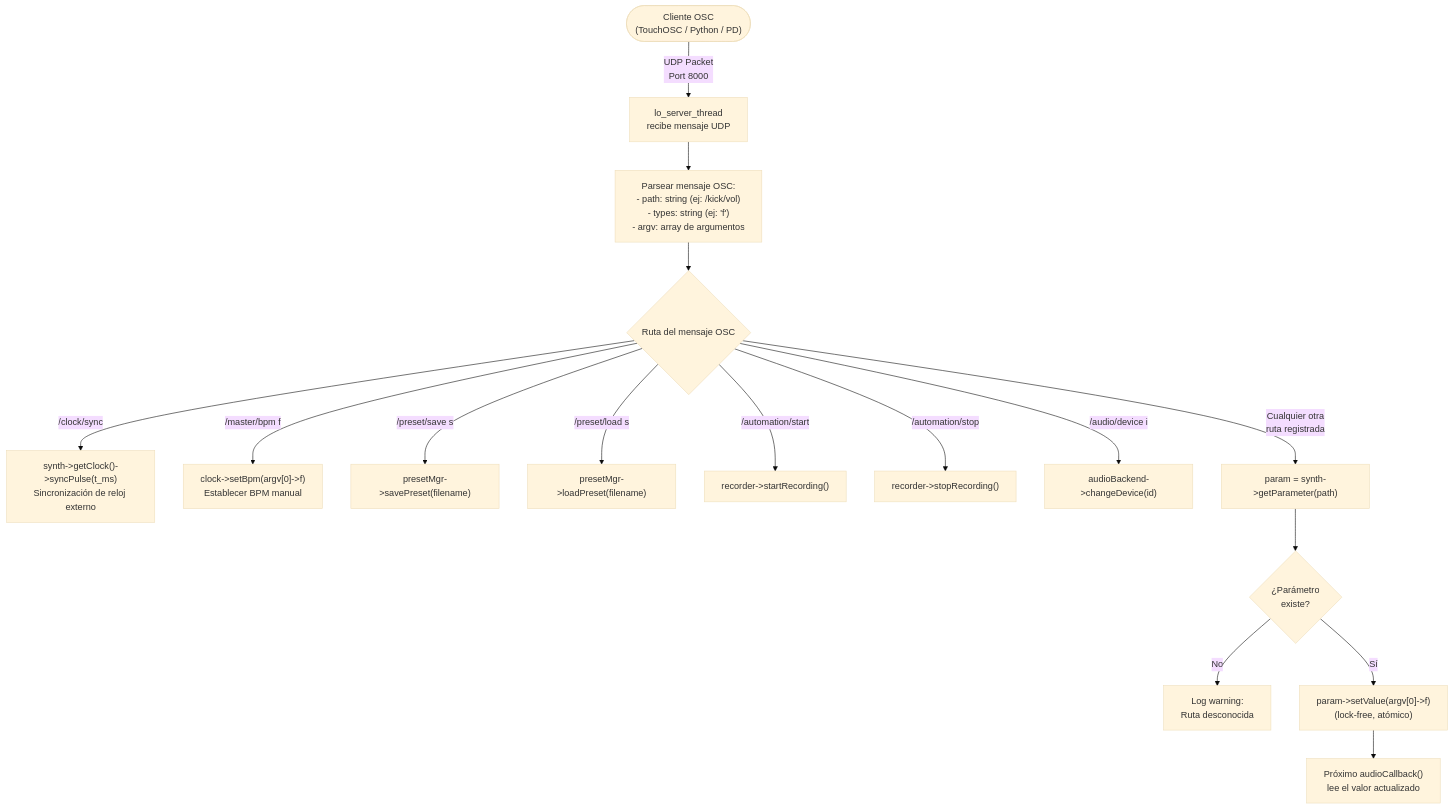
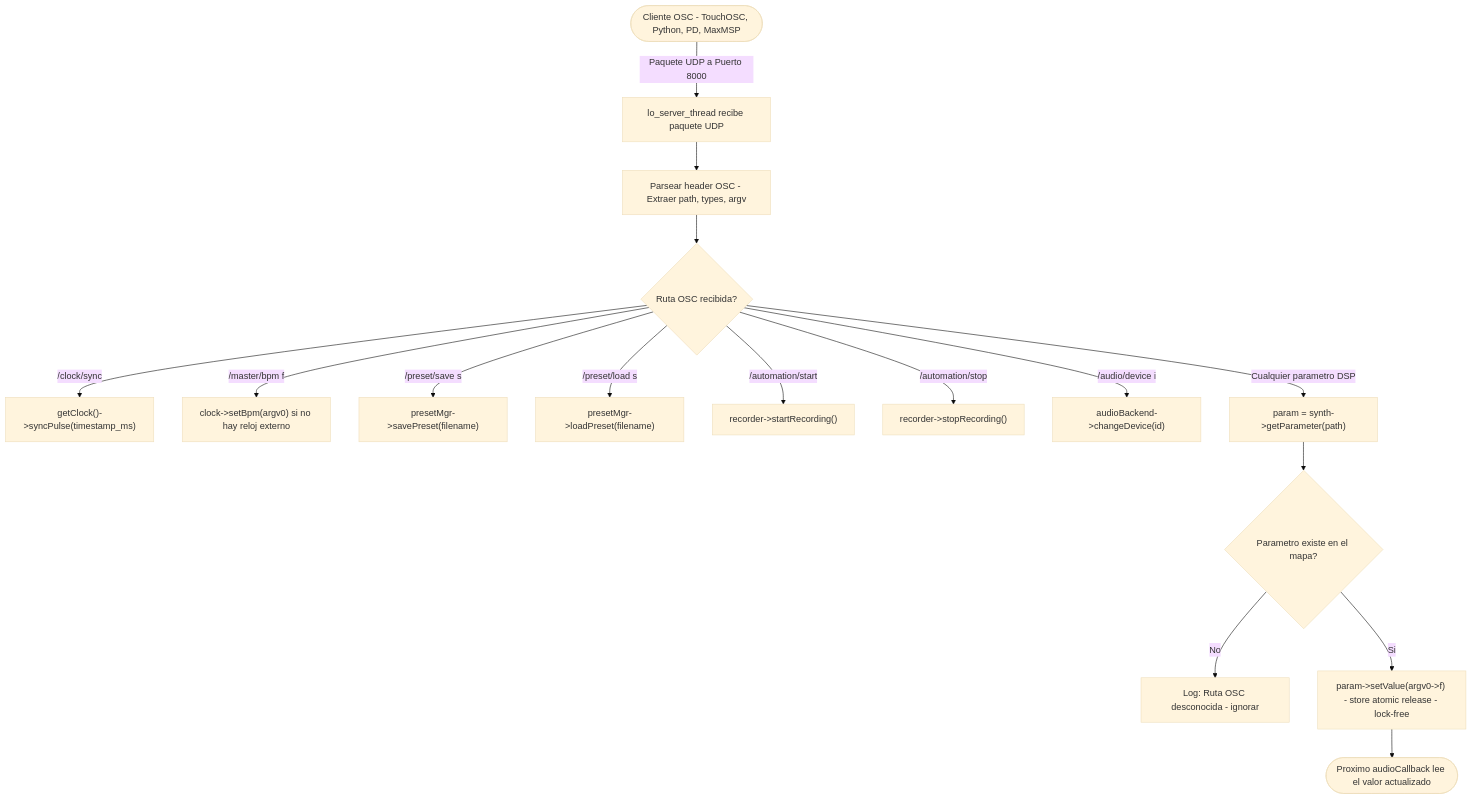
Before and after one commit to Zann181/sintetizador: the sixth of 12 diagrams in README.md, drawn with Mermaid (base theme). The commit also changed other lines of this file, not shown here.

````diff
--- a/README.md
+++ b/README.md
@@ -460,25 +780,25 @@
 ```mermaid
 flowchart TD
-    CLIENT(["Cliente OSC\n(TouchOSC / Python / PD)"]) -->|"UDP Packet\nPort 8000"| RECV
+    CLIENT_OSC(["Cliente OSC - TouchOSC, Python, PD, MaxMSP"])
+    CLIENT_OSC -->|"Paquete UDP a Puerto 8000"| RECV_UDP
 
-    RECV["lo_server_thread\nrecibe mensaje UDP"] --> PARSE
+    RECV_UDP["lo_server_thread recibe paquete UDP"]
+    RECV_UDP --> PARSE_OSC["Parsear header OSC - Extraer path, types, argv"]
+    PARSE_OSC --> ROUTE{"Ruta OSC recibida?"}
 
-    PARSE["Parsear mensaje OSC:\n- path: string (ej: /kick/vol)\n- types: string (ej: 'f')\n- argv: array de argumentos"] --> ROUTE
+    ROUTE -->|"/clock/sync"| HANDLE_CLOCK["getClock()->syncPulse(timestamp_ms)"]
+    ROUTE -->|"/master/bpm f"| HANDLE_BPM["clock->setBpm(argv0) si no hay reloj externo"]
+    ROUTE -->|"/preset/save s"| HANDLE_SAVE["presetMgr->savePreset(filename)"]
+    ROUTE -->|"/preset/load s"| HANDLE_LOAD["presetMgr->loadPreset(filename)"]
+    ROUTE -->|"/automation/start"| HANDLE_AUTO_S["recorder->startRecording()"]
+    ROUTE -->|"/automation/stop"| HANDLE_AUTO_E["recorder->stopRecording()"]
+    ROUTE -->|"/audio/device i"| HANDLE_DEV["audioBackend->changeDevice(id)"]
+    ROUTE -->|"Cualquier parametro DSP"| HANDLE_PARAM
 
-    ROUTE{"Ruta del mensaje OSC"}
+    HANDLE_PARAM["param = synth->getParameter(path)"]
+    HANDLE_PARAM --> EXISTS{"Parametro existe en el mapa?"}
+    EXISTS -->|"No"| LOG_WARN["Log: Ruta OSC desconocida - ignorar"]
+    EXISTS -->|"Si"| ATOMIC_SET["param->setValue(argv0->f) - store atomic release - lock-free"]
 
-    ROUTE -->|"/clock/sync"| CLOCK["synth->getClock()->syncPulse(t_ms)\nSincronización de reloj externo"]
-    ROUTE -->|"/master/bpm f"| BPM["clock->setBpm(argv[0]->f)\nEstablecer BPM manual"]
-    ROUTE -->|"/preset/save s"| SAVE["presetMgr->savePreset(filename)"]
-    ROUTE -->|"/preset/load s"| LOAD["presetMgr->loadPreset(filename)"]
-    ROUTE -->|"/automation/start"| AUTO_S["recorder->startRecording()"]
-    ROUTE -->|"/automation/stop"| AUTO_E["recorder->stopRecording()"]
-    ROUTE -->|"/audio/device i"| AUDIO_D["audioBackend->changeDevice(id)"]
-    ROUTE -->|"Cualquier otra\nruta registrada"| GENERIC
-
-    GENERIC["param = synth->getParameter(path)"] --> CHECK{"¿Parámetro\nexiste?"}
-    CHECK -->|No| WARN["Log warning:\nRuta desconocida"]
-    CHECK -->|Sí| SET["param->setValue(argv[0]->f)\n(lock-free, atómico)"]
-
-    SET --> NEXT["Próximo audioCallback()\nlee el valor actualizado"]
+    ATOMIC_SET --> NEXT_CB(["Proximo audioCallback lee el valor actualizado"])
 ```
````
